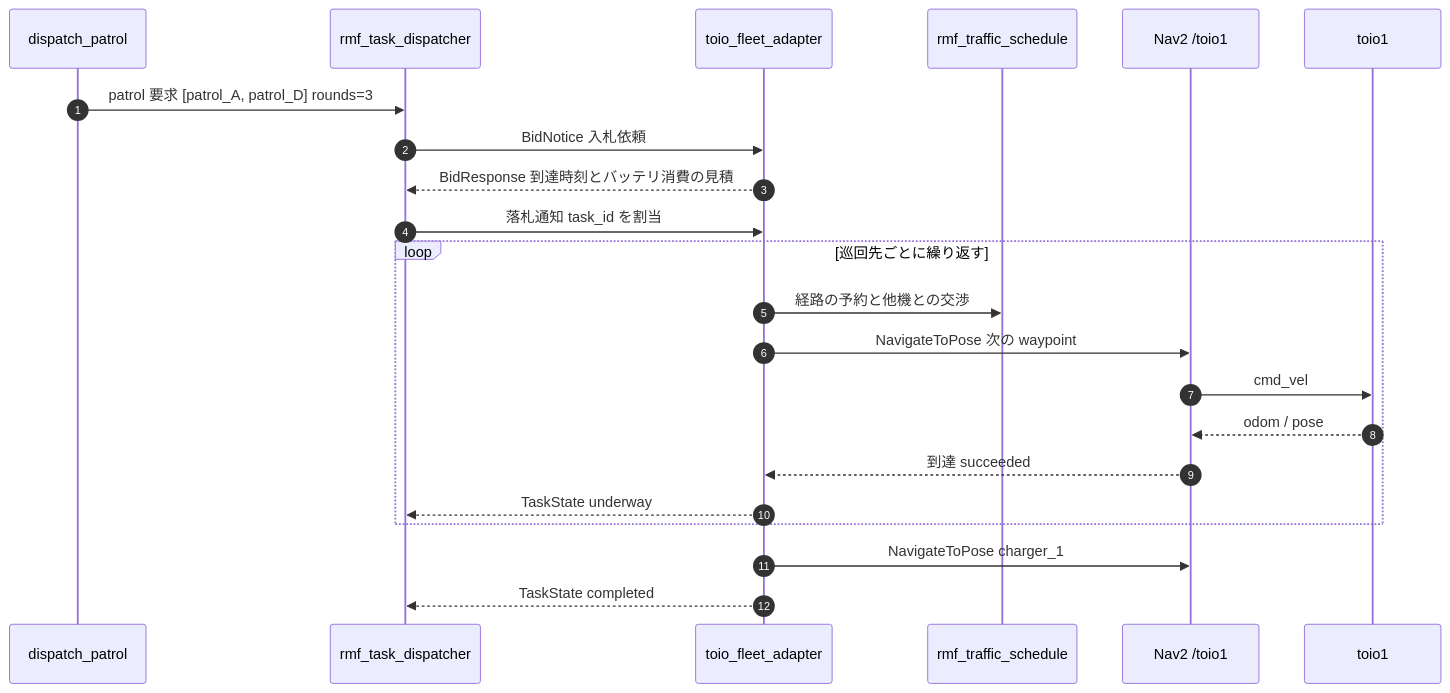
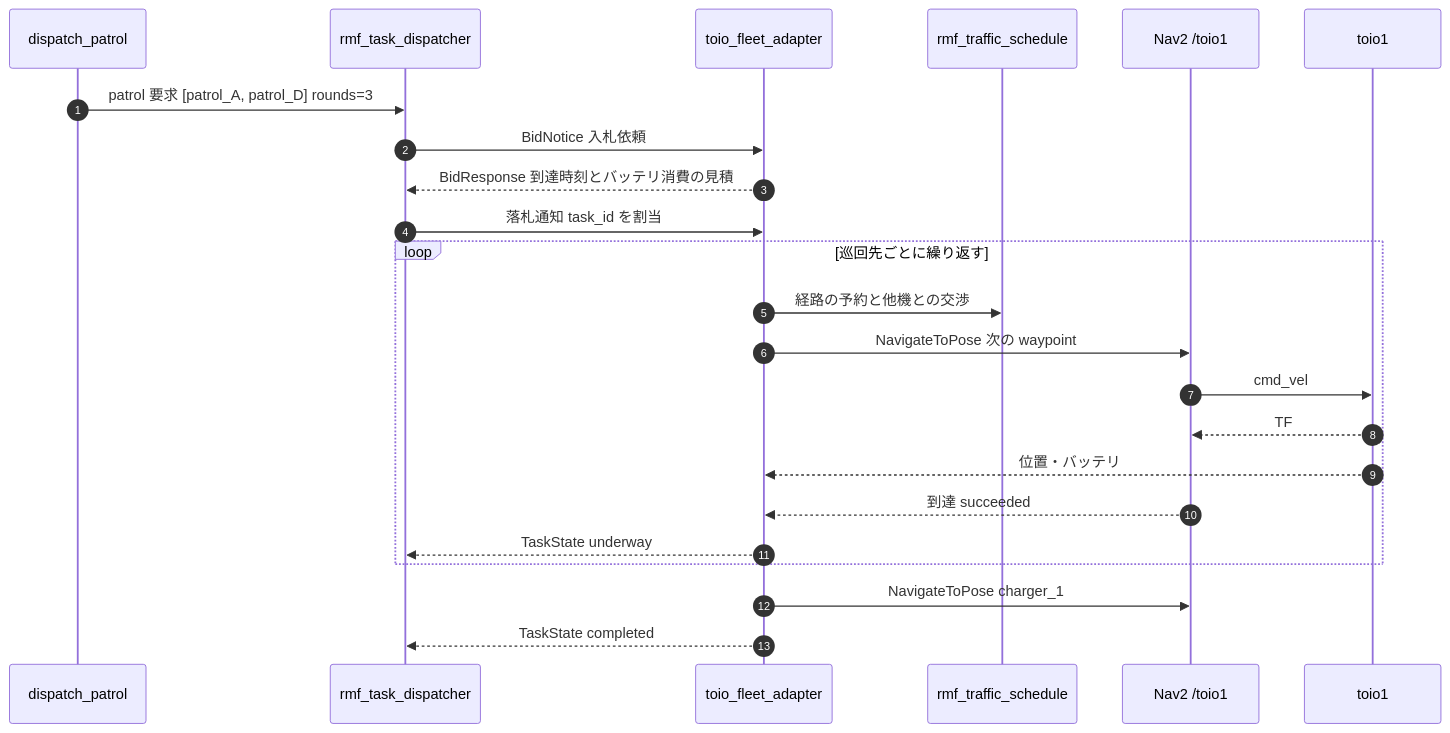
The second of 3 diagrams in docs/TASKS.md (atinfinity/toio_rmf_bringup), drawn with Mermaid before and after one commit. The commit also changed other lines of this file, not shown here.

First line of the commit message:
docs: TASKS.md の系統図の接続関係を修正

````diff
--- a/docs/TASKS.md
+++ b/docs/TASKS.md
@@ -96,25 +103,26 @@
 ```mermaid
 sequenceDiagram
     autonumber
     participant CLI as dispatch_patrol
     participant D as rmf_task_dispatcher
     participant A as toio_fleet_adapter
     participant S as rmf_traffic_schedule
     participant N as Nav2 /toio1
     participant R as toio1
 
     CLI->>D: patrol 要求 [patrol_A, patrol_D] rounds=3
     D->>A: BidNotice 入札依頼
     A-->>D: BidResponse 到達時刻とバッテリ消費の見積
     D->>A: 落札通知 task_id を割当
     loop 巡回先ごとに繰り返す
         A->>S: 経路の予約と他機との交渉
         A->>N: NavigateToPose 次の waypoint
         N->>R: cmd_vel
-        R-->>N: odom / pose
+        R-->>N: TF
+        R-->>A: 位置・バッテリ
         N-->>A: 到達 succeeded
         A-->>D: TaskState underway
     end
     A->>N: NavigateToPose charger_1
     A-->>D: TaskState completed
 ```
````
